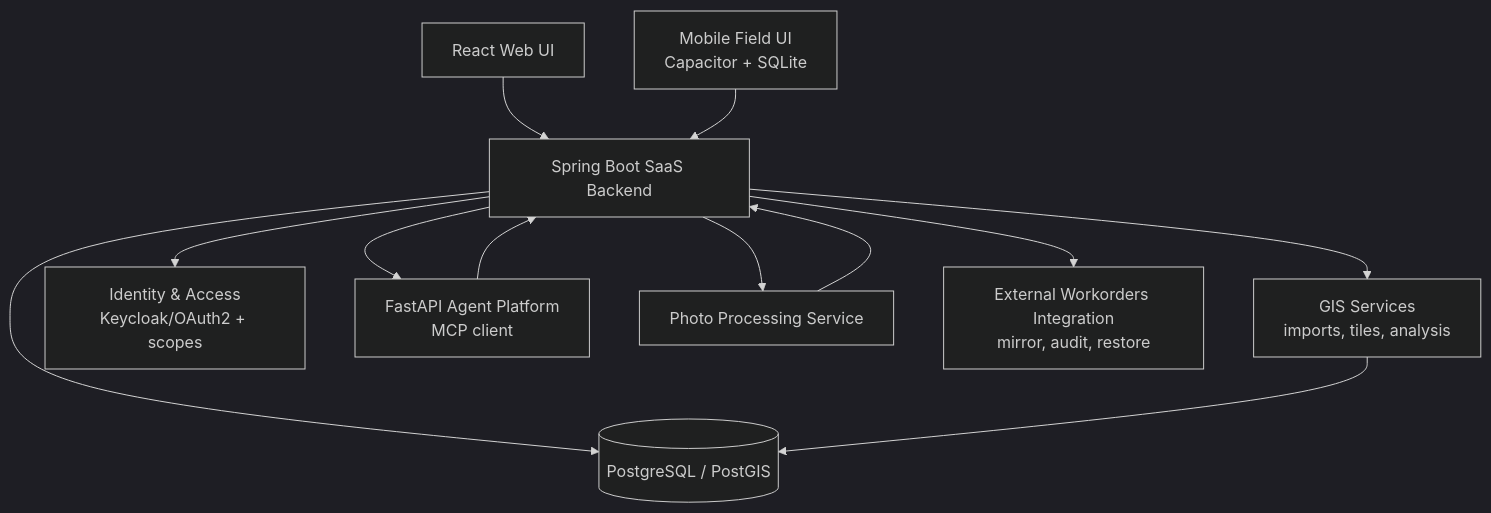
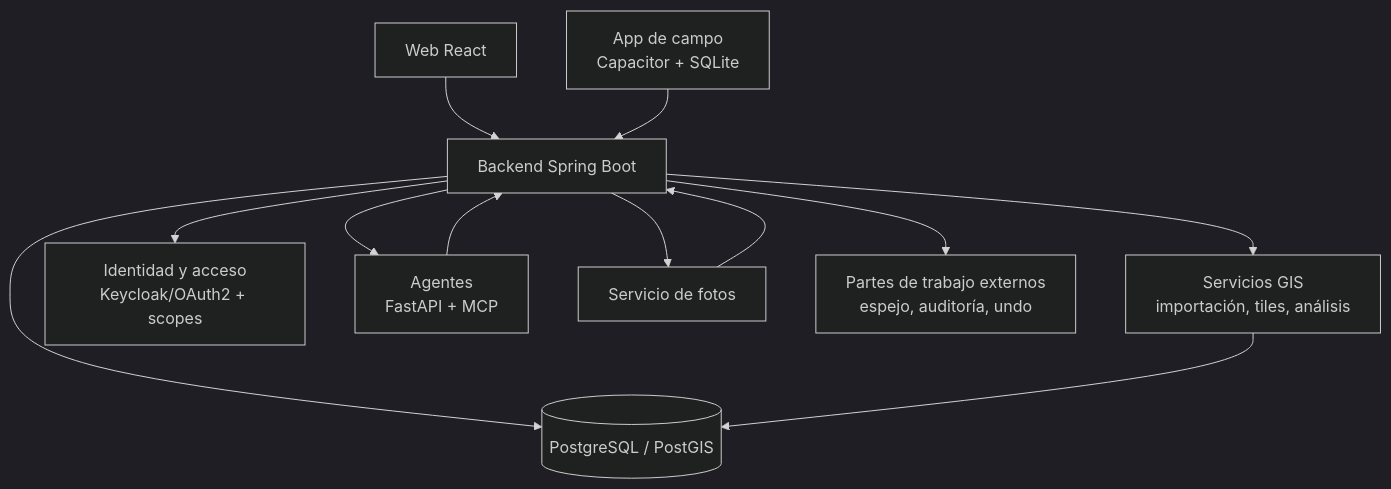
Before and after one commit to rabiiie/rsamadi-portfolio: the diagram in case-studies/appfibra-saas-gis-ai.md, drawn with Mermaid (dark theme). The commit also changed other lines of this file and 1 other file, not shown here.

First line of the commit message:
Pasar el README y el caso de AppFibra a espanol

````diff
--- a/case-studies/appfibra-saas-gis-ai.md
+++ b/case-studies/appfibra-saas-gis-ai.md
@@ -126,15 +131,15 @@
 ```mermaid
 flowchart TB
-    UI["React Web UI"] --> API["Spring Boot SaaS Backend"]
-    Field["Mobile Field UI<br/>Capacitor + SQLite"] --> API
+    UI["Web React"] --> API["Backend Spring Boot"]
+    Field["App de campo<br/>Capacitor + SQLite"] --> API
     API --> DB[("PostgreSQL / PostGIS")]
-    API --> GIS["GIS Services<br/>imports, tiles, analysis"]
-    API --> IAM["Identity & Access<br/>Keycloak/OAuth2 + scopes"]
-    API --> Agent["FastAPI Agent Platform<br/>MCP client"]
-    API --> Photo["Photo Processing Service"]
-    API --> Ext["External Workorders Integration<br/>mirror, audit, restore"]
+    API --> GIS["Servicios GIS<br/>importación, tiles, análisis"]
+    API --> IAM["Identidad y acceso<br/>Keycloak/OAuth2 + scopes"]
+    API --> Agent["Agentes<br/>FastAPI + MCP"]
+    API --> Photo["Servicio de fotos"]
+    API --> Ext["Partes de trabajo externos<br/>espejo, auditoría, undo"]
 
     GIS --> DB
     Agent --> API
     Photo --> API
 ```
````
